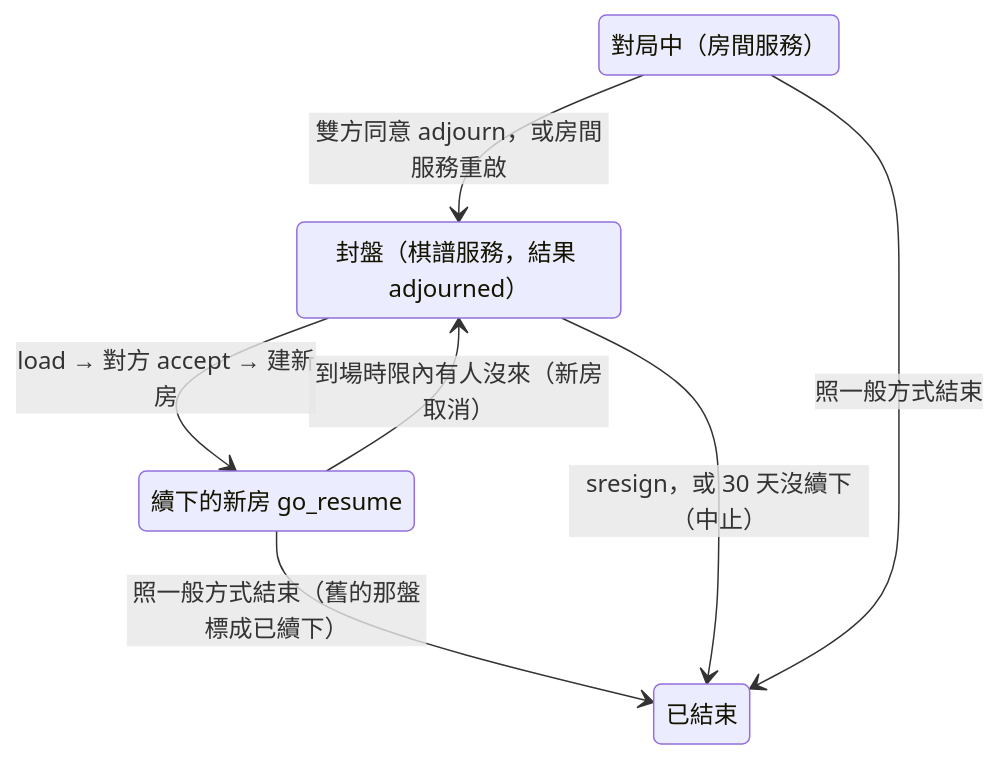
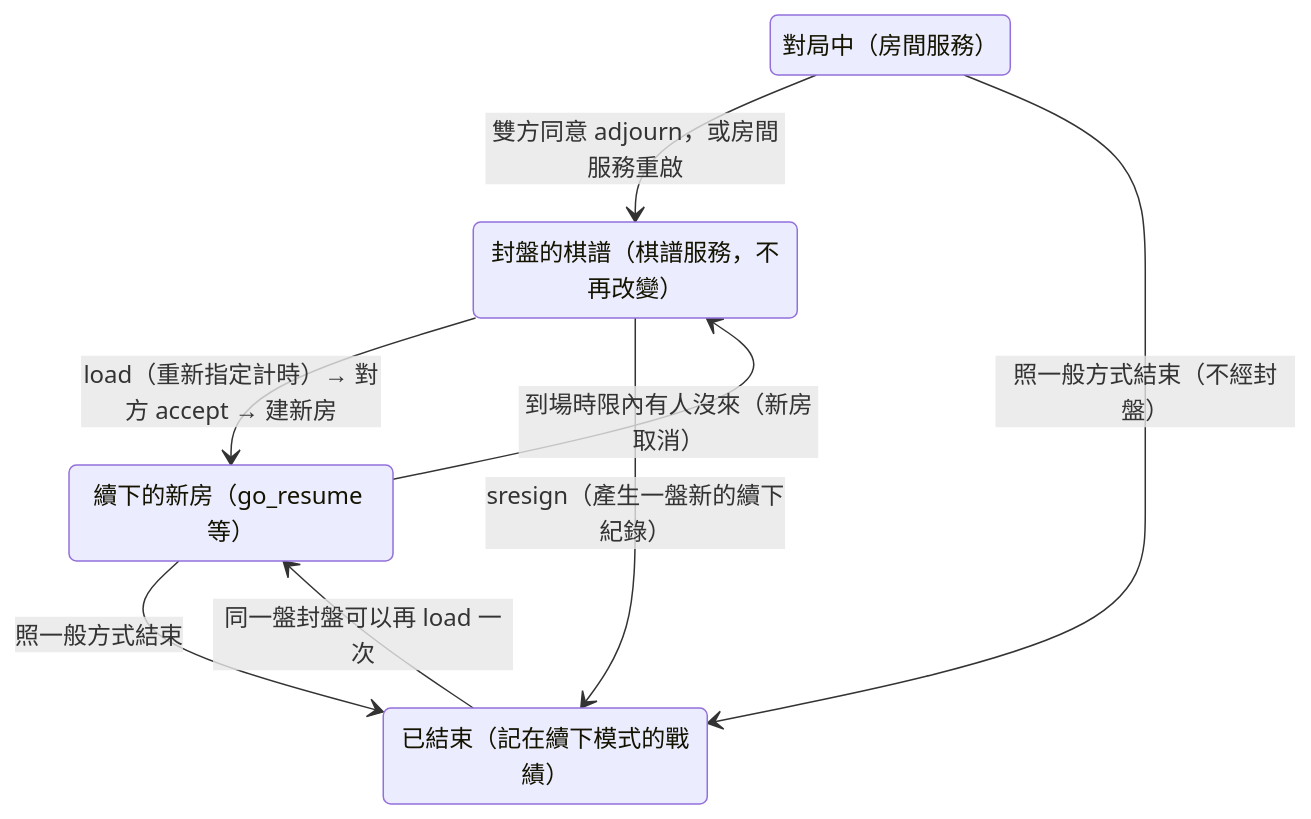
The tenth of 10 diagrams in docs/spec_v2.md (yshsu0918/yi-arena), drawn with Mermaid before and after one commit. The commit also changed other lines of this file and 3 other files, not shown here.

````diff
--- a/docs/spec_v2.md
+++ b/docs/spec_v2.md
@@ -1246,14 +1246,15 @@
 ```mermaid
 stateDiagram-v2
   state "對局中（房間服務）" as playing
-  state "封盤（棋譜服務，結果 adjourned）" as adjourned
-  state "續下的新房 go_resume" as resumed
-  state "已結束" as finished
+  state "封盤的棋譜（棋譜服務，不再改變）" as adjourned
+  state "續下的新房（go_resume 等）" as resumed
+  state "已結束（記在續下模式的戰績）" as finished
 
   playing --> adjourned: 雙方同意 adjourn，或房間服務重啟
-  adjourned --> resumed: load → 對方 accept → 建新房
+  adjourned --> resumed: load（重新指定計時）→ 對方 accept → 建新房
   resumed --> adjourned: 到場時限內有人沒來（新房取消）
-  resumed --> finished: 照一般方式結束（舊的那盤標成已續下）
-  adjourned --> finished: sresign，或 30 天沒續下（中止）
-  playing --> finished: 照一般方式結束
+  resumed --> finished: 照一般方式結束
+  adjourned --> finished: sresign（產生一盤新的續下紀錄）
+  finished --> resumed: 同一盤封盤可以再 load 一次
+  playing --> finished: 照一般方式結束（不經封盤）
 ```
````
